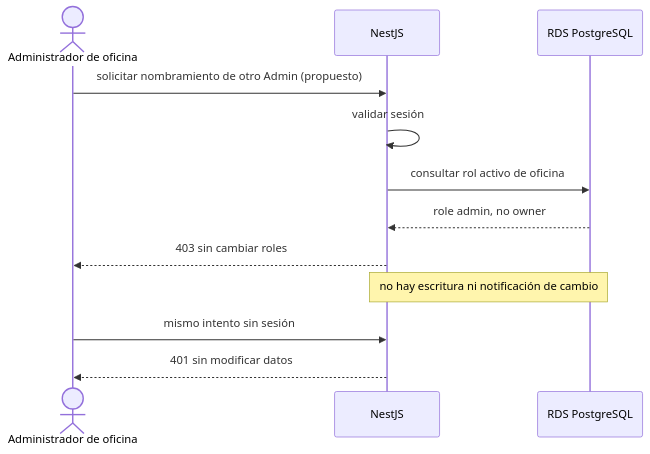
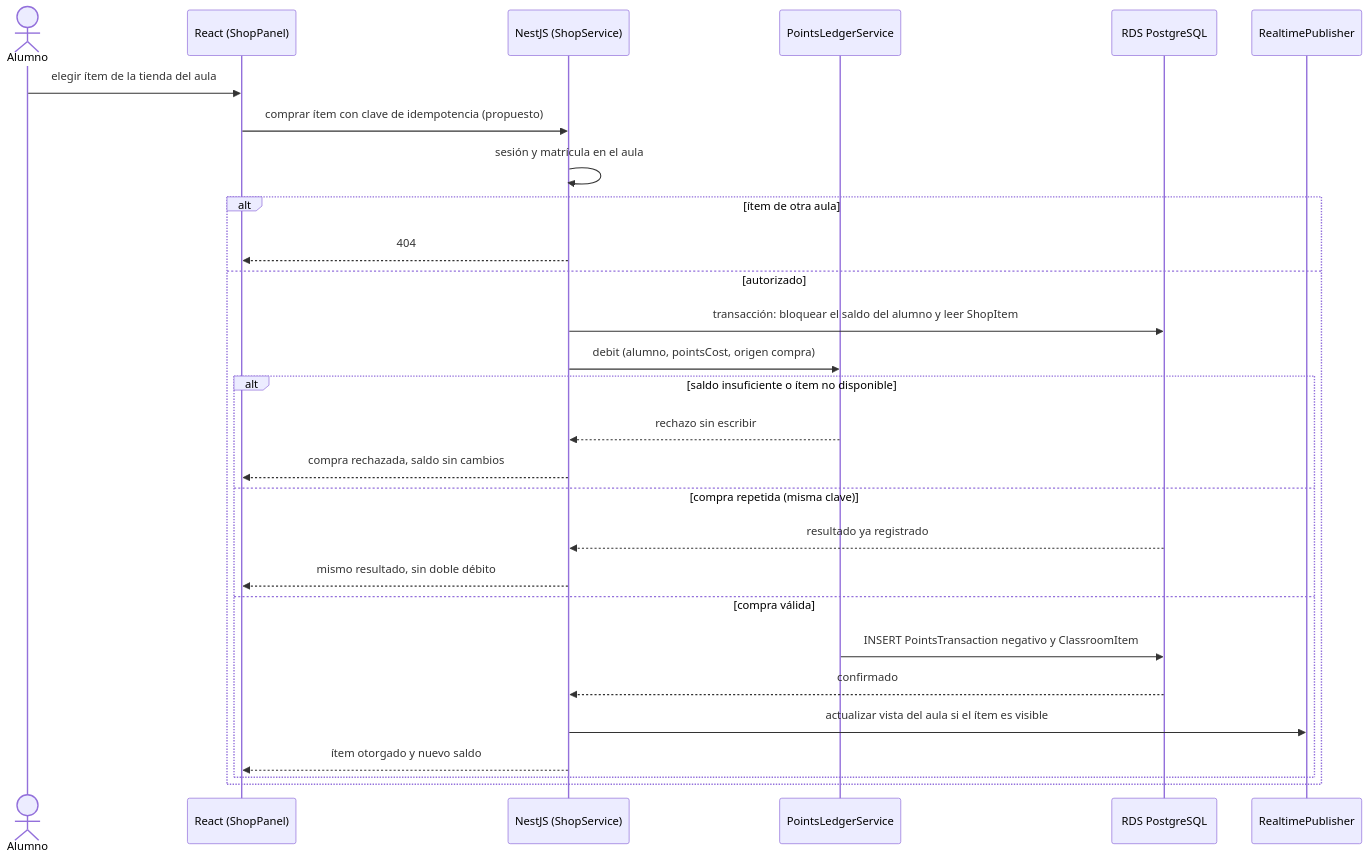
One commit to Agustin742/integratec-final-back changed the fifth of 6 diagrams in docs/diagrams/04-behavioral/admin-flows.md. Above: the diagram before and after it, drawn with Mermaid. The commit also changed other lines of this file and 4 other files, not shown here.

Commit message:
docs(diagrams): realign use cases and behavioral flows with the school niche model

````diff
--- a/docs/diagrams/04-behavioral/admin-flows.md
+++ b/docs/diagrams/04-behavioral/admin-flows.md
@@ -144,15 +165,31 @@
 ```mermaid
 sequenceDiagram
-    actor admin as Administrador de oficina
-    participant api as NestJS
+    actor alumno as Alumno
+    participant web as React (ShopPanel)
+    participant api as NestJS (ShopService)
+    participant ledger as PointsLedgerService
     participant db as RDS PostgreSQL
+    participant rt as RealtimePublisher
 
-    admin->>api: solicitar nombramiento de otro Admin (propuesto)
-    api->>api: validar sesión
-    api->>db: consultar rol activo de oficina
-    db-->>api: role admin, no owner
-    api-->>admin: 403 sin cambiar roles
-    Note over api,db: no hay escritura ni notificación de cambio
-    admin->>api: mismo intento sin sesión
-    api-->>admin: 401 sin modificar datos
+    alumno->>web: elegir ítem de la tienda del aula
+    web->>api: comprar ítem con clave de idempotencia (propuesto)
+    api->>api: sesión y matrícula en el aula
+    alt ítem de otra aula
+        api-->>web: 404
+    else autorizado
+        api->>db: transacción: bloquear el saldo del alumno y leer ShopItem
+        api->>ledger: debit (alumno, pointsCost, origen compra)
+        alt saldo insuficiente o ítem no disponible
+            ledger-->>api: rechazo sin escribir
+            api-->>web: compra rechazada, saldo sin cambios
+        else compra repetida (misma clave)
+            db-->>api: resultado ya registrado
+            api-->>web: mismo resultado, sin doble débito
+        else compra válida
+            ledger->>db: INSERT PointsTransaction negativo y ClassroomItem
+            db-->>api: confirmado
+            api->>rt: actualizar vista del aula si el ítem es visible
+            api-->>web: ítem otorgado y nuevo saldo
+        end
+    end
 ```
````
